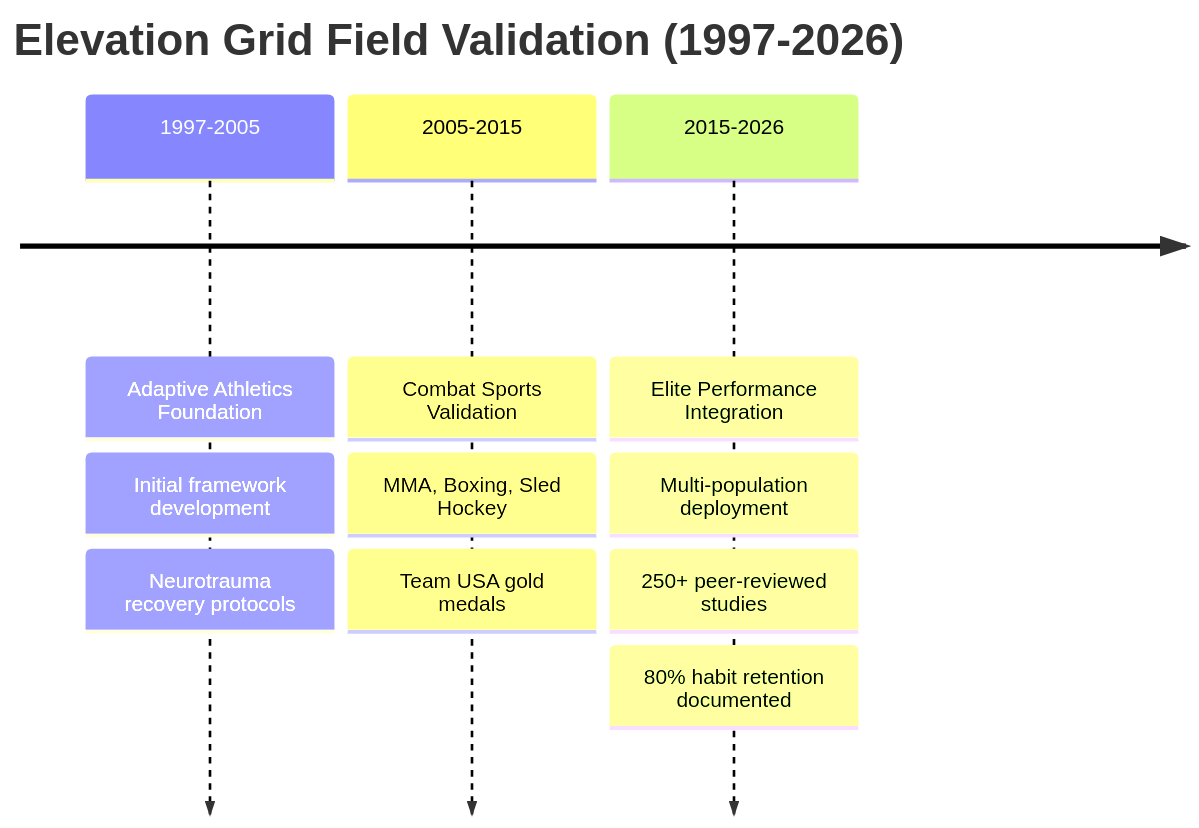
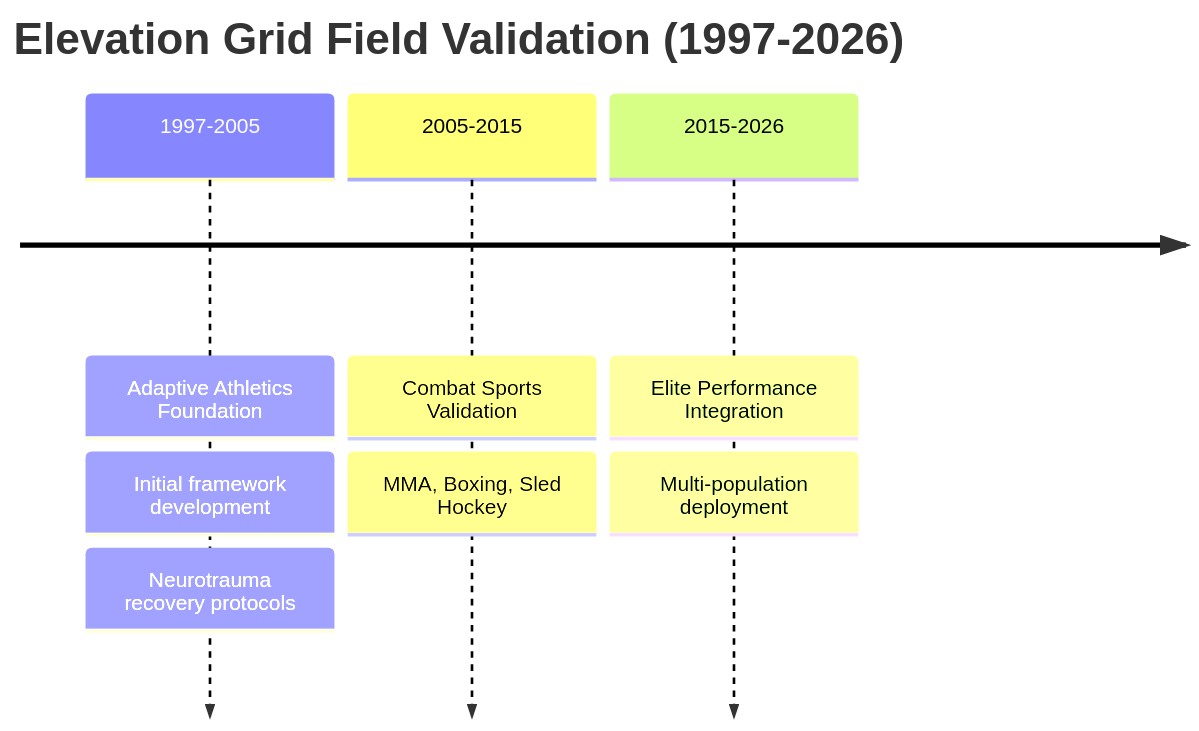
The fourth of 5 diagrams in docs/elevation-grid/index.qmd (Feirbrand/synoeticos-public), drawn with Mermaid before and after one commit. The commit also changed other lines of this file and 1 other file, not shown here.

````diff
--- a/docs/elevation-grid/index.qmd
+++ b/docs/elevation-grid/index.qmd
@@ -131,17 +129,14 @@
 ```{mermaid}
 timeline
     title Elevation Grid Field Validation (1997-2026)
     
     1997-2005 : Adaptive Athletics Foundation
              : Initial framework development
              : Neurotrauma recovery protocols
     
     2005-2015 : Combat Sports Validation
              : MMA, Boxing, Sled Hockey
-             : Team USA gold medals
     
     2015-2026 : Elite Performance Integration
              : Multi-population deployment
-             : 250+ peer-reviewed studies
-             : 80% habit retention documented
 ```
````
